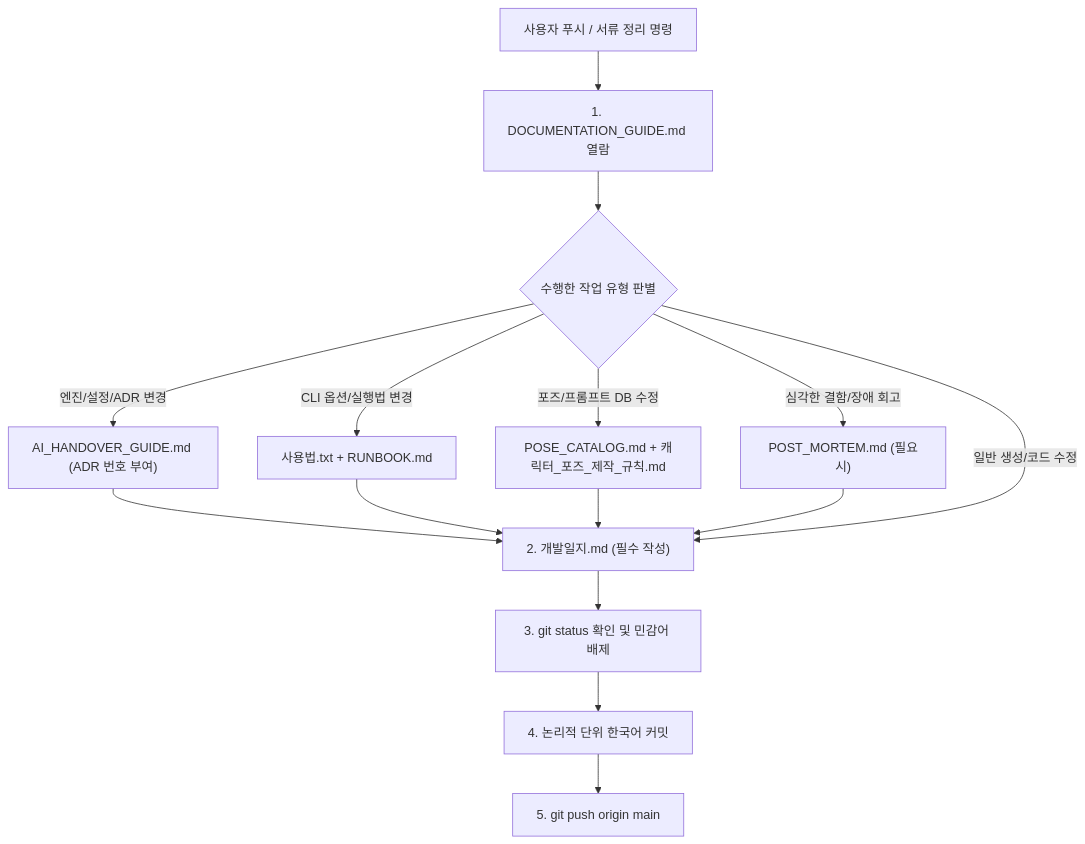
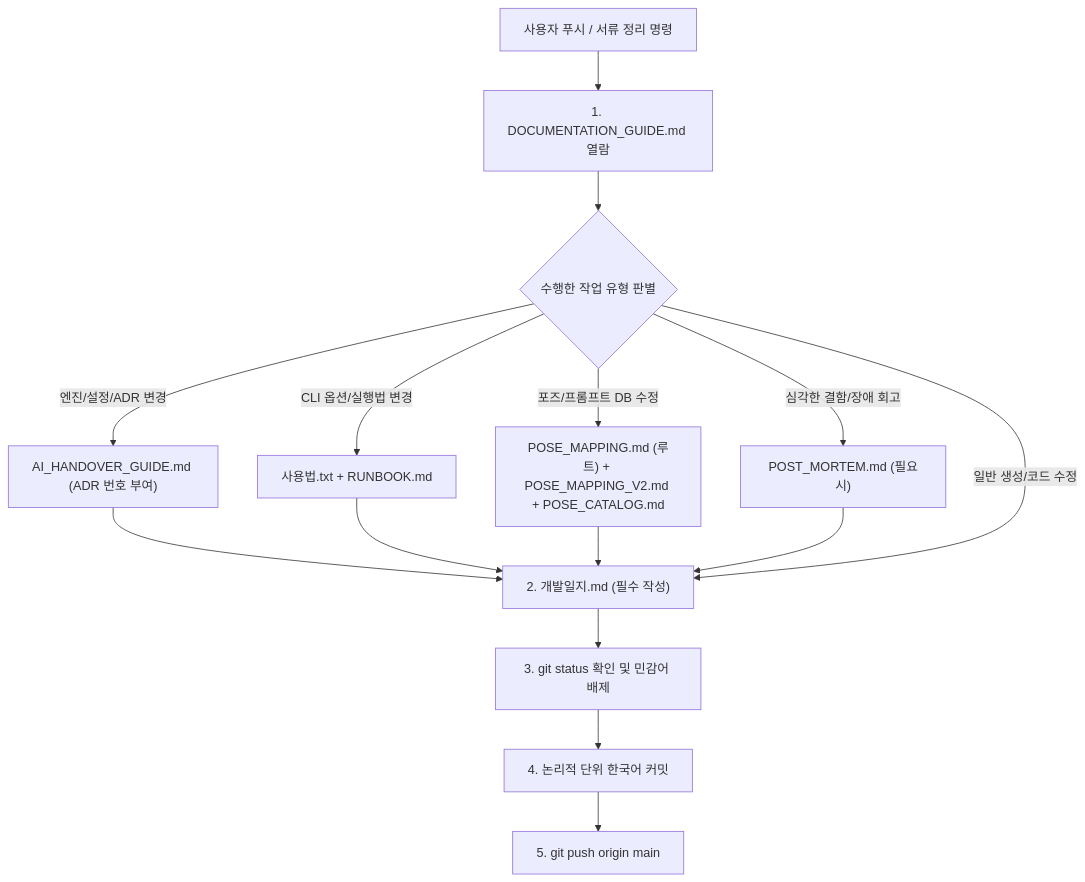
Before and after one commit to LeeKyunHo/plepa: the diagram in docs/DOCUMENTATION_GUIDE.md, drawn with Mermaid. The commit also changed other lines of this file and 3 other files, not shown here.

Commit message:
docs: 포즈 변경 시 POSE_MAPPING 실시간 세트 동기화 규칙 수립

````diff
--- a/docs/DOCUMENTATION_GUIDE.md
+++ b/docs/DOCUMENTATION_GUIDE.md
@@ -32,20 +32,20 @@
 ```mermaid
 flowchart TD
     Start["사용자 푸시 / 서류 정리 명령"] --> ReadGuide["1. DOCUMENTATION_GUIDE.md 열람"]
     ReadGuide --> CheckType{"수행한 작업 유형 판별"}
     
     CheckType -->|"엔진/설정/ADR 변경"| ADR["AI_HANDOVER_GUIDE.md (ADR 번호 부여)"]
     CheckType -->|"CLI 옵션/실행법 변경"| CLI["사용법.txt + RUNBOOK.md"]
-    CheckType -->|"포즈/프롬프트 DB 수정"| Pose["POSE_CATALOG.md + 캐릭터_포즈_제작_규칙.md"]
+    CheckType -->|"포즈/프롬프트 DB 수정"| Pose["POSE_MAPPING.md (루트) + POSE_MAPPING_V2.md + POSE_CATALOG.md"]
     CheckType -->|"심각한 결함/장애 회고"| PM["POST_MORTEM.md (필요시)"]
     
     ADR --> DevLog["2. 개발일지.md (필수 작성)"]
     CLI --> DevLog
     Pose --> DevLog
     PM --> DevLog
     CheckType -->|"일반 생성/코드 수정"| DevLog
     
     DevLog --> GitCheck["3. git status 확인 및 민감어 배제"]
     GitCheck --> Commit["4. 논리적 단위 한국어 커밋"]
     Commit --> Push["5. git push origin main"]
 ```
````
